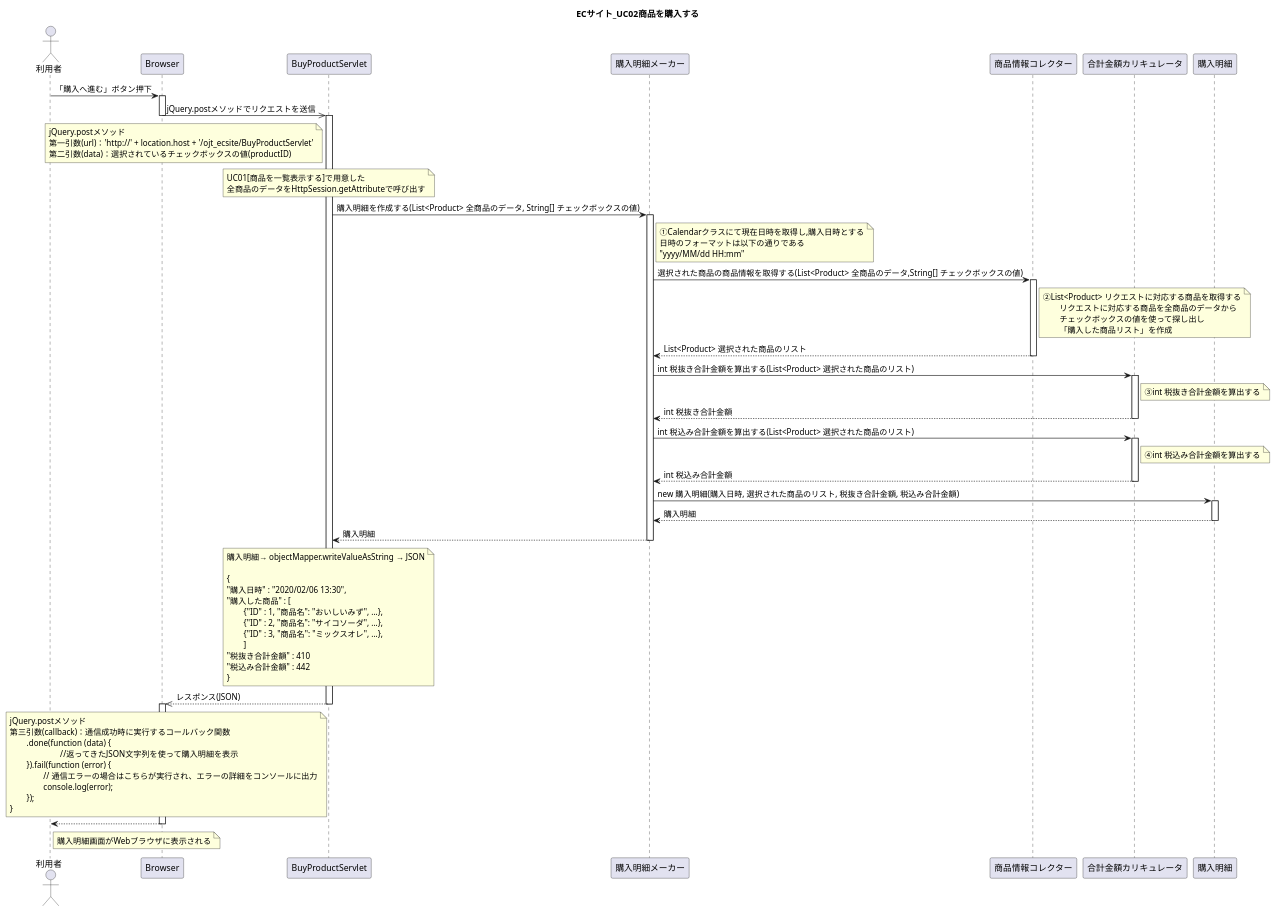
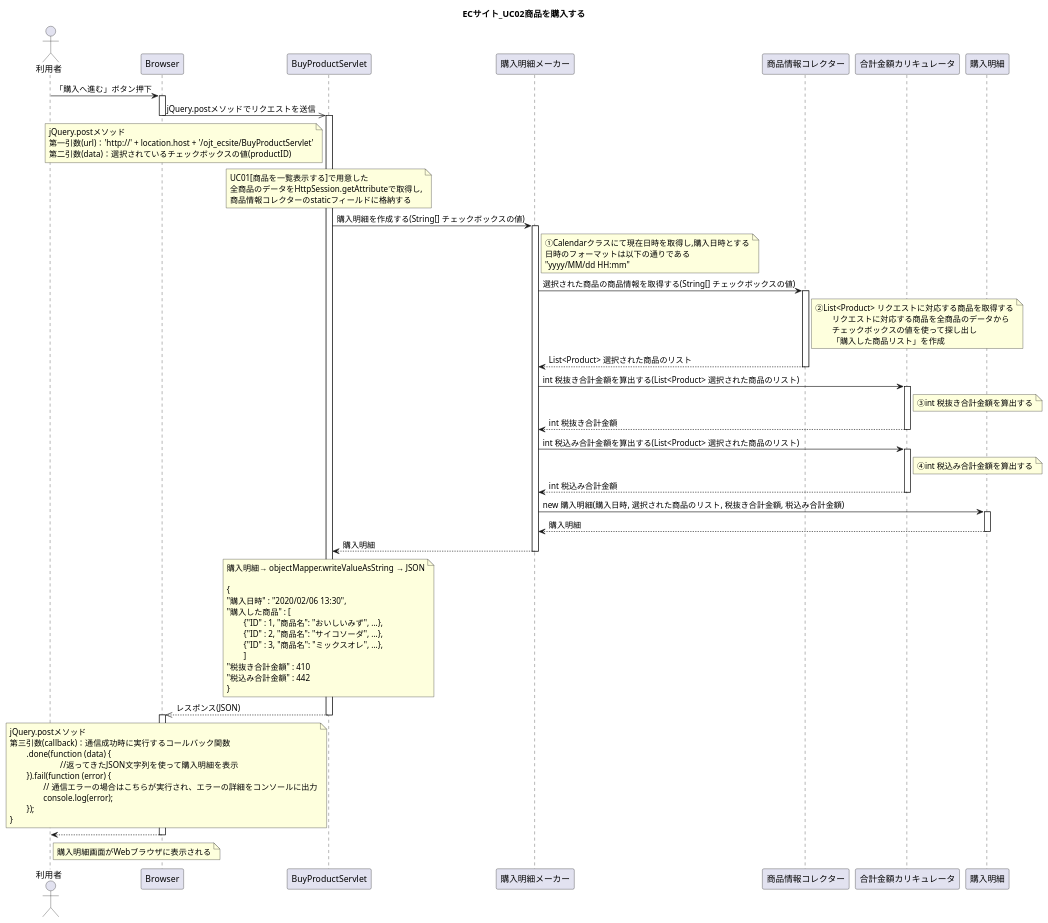
The diagram in UML/Sequence02.puml (wnakayama/ojt_ecsite), drawn with PlantUML before and after one commit. The commit also changed 3 other files, not shown here.

```diff
--- a/UML/Sequence02.puml
+++ b/UML/Sequence02.puml
@@ -1,109 +1,110 @@
 @startuml
 title ECサイト_UC02商品を購入する
 
 actor 利用者
 
 利用者 -> Browser : 「購入へ進む」ボタン押下
 activate Browser
 
 Browser ->> BuyProductServlet : jQuery.postメソッドでリクエストを送信
 deactivate Browser
 activate BuyProductServlet
 
 	note left of BuyProductServlet
 	jQuery.postメソッド
 	第一引数(url)：'http://' + location.host + '/ojt_ecsite/BuyProductServlet'
 	第二引数(data)：選択されているチェックボックスの値(productID)
 	end note
 
 	note over BuyProductServlet
 	UC01[商品を一覧表示する]で用意した
-	全商品のデータをHttpSession.getAttributeで呼び出す
+	全商品のデータをHttpSession.getAttributeで取得し,
+	商品情報コレクターのstaticフィールドに格納する
 	end note
 
-BuyProductServlet -> 購入明細メーカー : 購入明細を作成する(List<Product> 全商品のデータ, String[] チェックボックスの値)
+BuyProductServlet -> 購入明細メーカー : 購入明細を作成する(String[] チェックボックスの値)
 activate 購入明細メーカー
 
 	note right of 購入明細メーカー
 	①Calendarクラスにて現在日時を取得し,購入日時とする
 	日時のフォーマットは以下の通りである
 	"yyyy/MM/dd HH:mm"
 	end note
 
 
-購入明細メーカー -> 商品情報コレクター : 選択された商品の商品情報を取得する(List<Product> 全商品のデータ,String[] チェックボックスの値)
+購入明細メーカー -> 商品情報コレクター : 選択された商品の商品情報を取得する(String[] チェックボックスの値)
 activate 商品情報コレクター
 	note right of 商品情報コレクター
 	②List<Product> リクエストに対応する商品を取得する
 		リクエストに対応する商品を全商品のデータから
 		チェックボックスの値を使って探し出し
 		「購入した商品リスト」を作成
 	end note
 購入明細メーカー <-- 商品情報コレクター : List<Product> 選択された商品のリスト
 deactivate 商品情報コレクター
 
 購入明細メーカー -> 合計金額カリキュレータ : int 税抜き合計金額を算出する(List<Product> 選択された商品のリスト)
 activate 合計金額カリキュレータ
 	note right of 合計金額カリキュレータ
 	③int 税抜き合計金額を算出する
 	end note
 購入明細メーカー <-- 合計金額カリキュレータ : int 税抜き合計金額
 deactivate 合計金額カリキュレータ
 
 購入明細メーカー -> 合計金額カリキュレータ : int 税込み合計金額を算出する(List<Product> 選択された商品のリスト)
 activate 合計金額カリキュレータ
 	note right of 合計金額カリキュレータ
 	④int 税込み合計金額を算出する
 	end note
 購入明細メーカー <-- 合計金額カリキュレータ : int 税込み合計金額
 deactivate 合計金額カリキュレータ
 
 
 購入明細メーカー -> 購入明細 : new 購入明細(購入日時, 選択された商品のリスト, 税抜き合計金額, 税込み合計金額)
 activate 購入明細
 購入明細メーカー <-- 購入明細 : 購入明細
 deactivate 購入明細
 
 BuyProductServlet <-- 購入明細メーカー : 購入明細
 deactivate 購入明細メーカー
 
 	note over BuyProductServlet
 	購入明細→ objectMapper.writeValueAsString → JSON
 
 	{
 	"購入日時" : "2020/02/06 13:30",
 	"購入した商品" : [
 		{"ID" : 1, "商品名": "おいしいみず", ...},
 		{"ID" : 2, "商品名": "サイコソーダ", ...},
 		{"ID" : 3, "商品名": "ミックスオレ", ...},
 		]
 	"税抜き合計金額" : 410
 	"税込み合計金額" : 442
 	}
 	end note
 
 Browser <<-- BuyProductServlet : レスポンス(JSON)
 deactivate BuyProductServlet
 activate Browser
 
 	note left of BuyProductServlet
 	jQuery.postメソッド
 	第三引数(callback)：通信成功時に実行するコールバック関数
 		.done(function (data) {
 				//返ってきたJSON文字列を使って購入明細を表示
 		}).fail(function (error) {
 			// 通信エラーの場合はこちらが実行され、エラーの詳細をコンソールに出力
 			console.log(error);
 		});
 	}
 	end note
 
 
 利用者 <-- Browser
 	note right of 利用者
 	購入明細画面がWebブラウザに表示される
 	end note
 
 deactivate Browser
 
 @enduml
```
